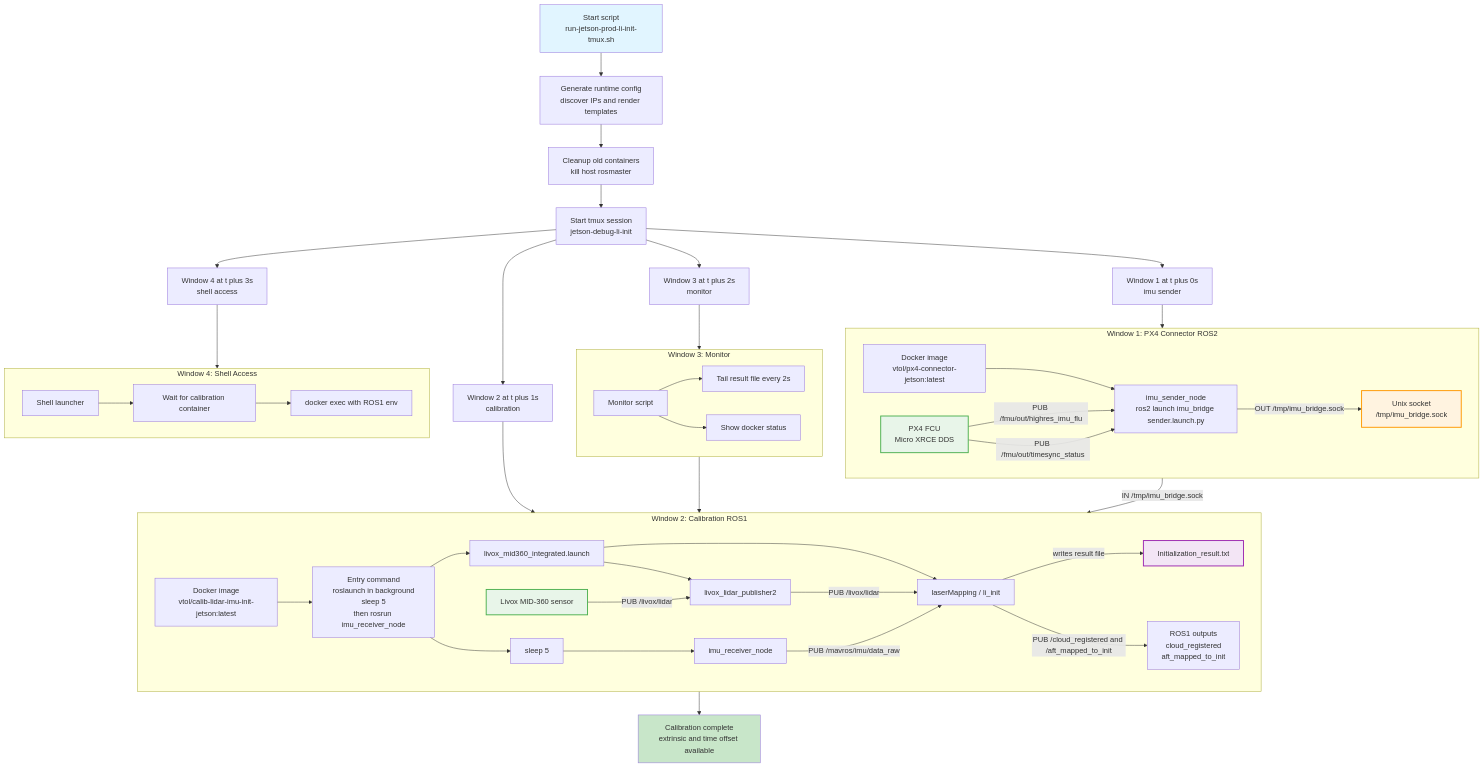
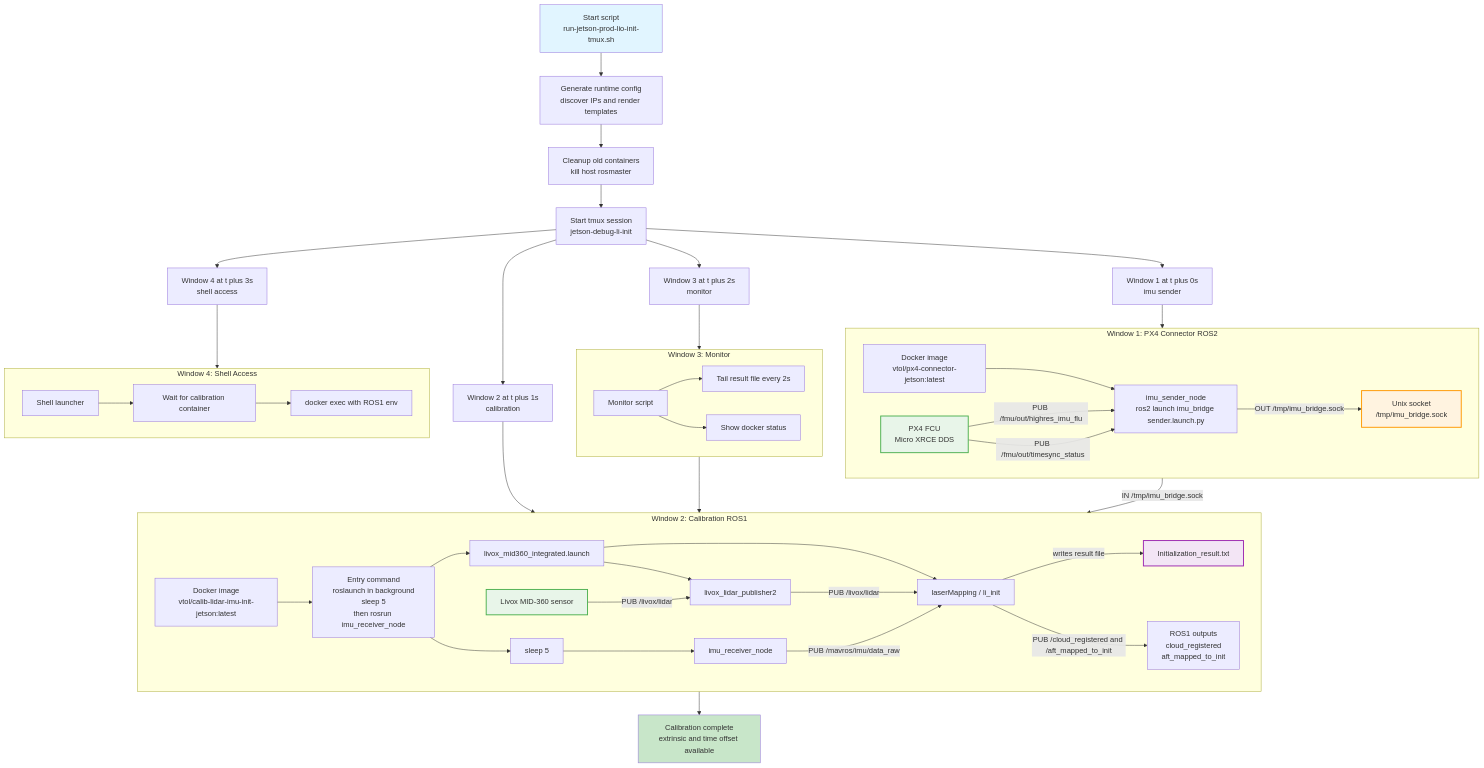
One commit to WarriorHanamy/realworld_modules changed the first of 2 diagrams in README.md. Above: the diagram before and after it, drawn with Mermaid. The commit also changed other lines of this file and 10 other files, not shown here.

````diff
--- a/README.md
+++ b/README.md
@@ -26,6 +26,6 @@
 ```mermaid
 flowchart TD
-    Start["Start script<br/>run-jetson-prod-li-init-tmux.sh"] --> ConfigGen["Generate runtime config<br/>discover IPs and render templates"]
+    Start["Start script<br/>run-jetson-prod-lio-init-tmux.sh"] --> ConfigGen["Generate runtime config<br/>discover IPs and render templates"]
     ConfigGen --> Cleanup["Cleanup old containers<br/>kill host rosmaster"]
     Cleanup --> TmuxStart["Start tmux session<br/>jetson-debug-li-init"]
 
````
